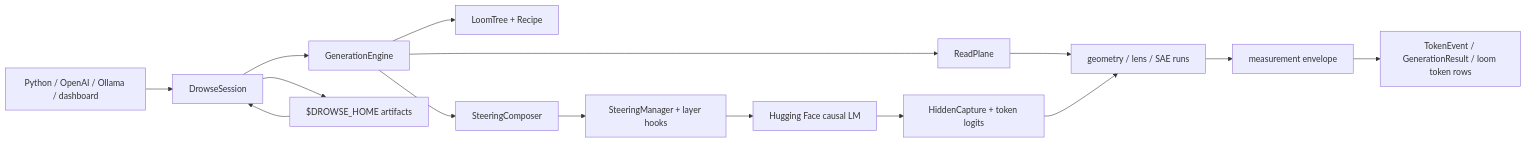
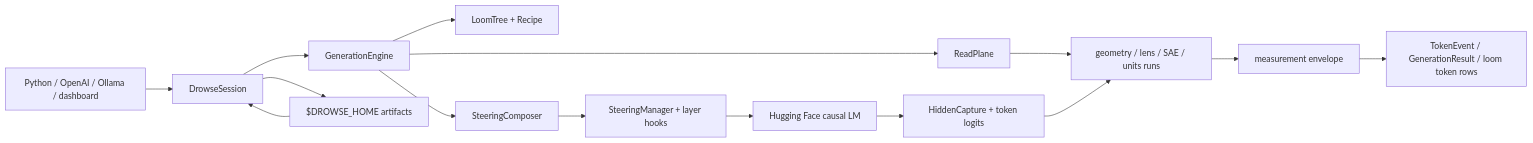
One commit to stdlogits/drowse changed the diagram in ARCHITECTURE.md. Above: the diagram before and after it, drawn with Mermaid. The commit also changed other lines of this file and 10 other files, not shown here.

````diff
--- a/ARCHITECTURE.md
+++ b/ARCHITECTURE.md
@@ -26,17 +26,17 @@
 ```mermaid
 flowchart LR
     Clients["Python / OpenAI / Ollama / dashboard"] --> Session["DrowseSession"]
     Session --> Engine["GenerationEngine"]
     Engine --> Loom["LoomTree + Recipe"]
     Engine --> Composer["SteeringComposer"]
     Composer --> Hooks["SteeringManager + layer hooks"]
     Engine --> ReadPlane["ReadPlane"]
-    ReadPlane --> Runs["geometry / lens / SAE runs"]
+    ReadPlane --> Runs["geometry / lens / SAE / units runs"]
     Hooks --> Model["Hugging Face causal LM"]
     Model --> Capture["HiddenCapture + token logits"]
     Capture --> Runs
     Runs --> Envelope["measurement envelope"]
     Envelope --> Results["TokenEvent / GenerationResult / loom token rows"]
     Store["$DROWSE_HOME artifacts"] --> Session
     Session --> Store
 ```
````
